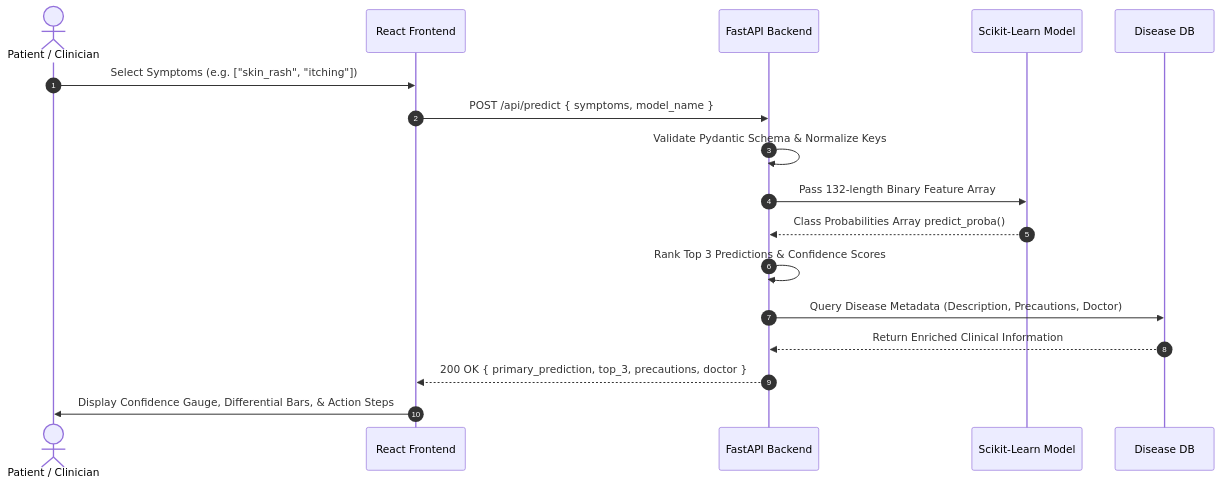
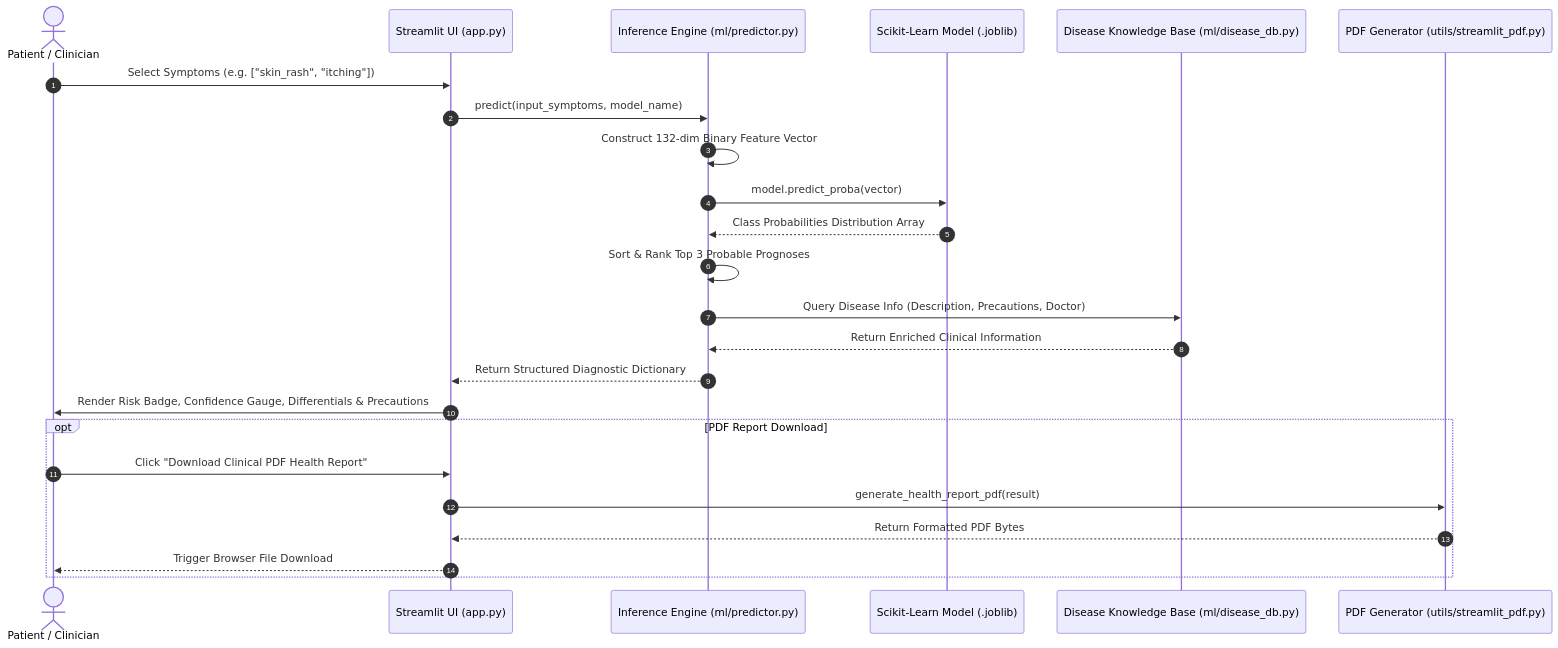
One commit to mehuldangda/Disease-Prediction-from-Symptoms changed the diagram in docs/data_flow_diagram.mermaid. Above: the diagram before and after it, drawn with Mermaid. The commit also changed 45 other files, not shown here.

```diff
--- a/docs/data_flow_diagram.mermaid
+++ b/docs/data_flow_diagram.mermaid
@@ -1,18 +1,25 @@
 sequenceDiagram
     autonumber
     actor User as Patient / Clinician
-    participant UI as React Frontend
-    participant API as FastAPI Backend
-    participant ML as Scikit-Learn Model
-    participant KB as Disease DB
+    participant UI as Streamlit UI (app.py)
+    participant Engine as Inference Engine (ml/predictor.py)
+    participant ML as Scikit-Learn Model (.joblib)
+    participant KB as Disease Knowledge Base (ml/disease_db.py)
+    participant PDF as PDF Generator (utils/streamlit_pdf.py)
 
     User->>UI: Select Symptoms (e.g. ["skin_rash", "itching"])
-    UI->>API: POST /api/predict { symptoms, model_name }
-    API->>API: Validate Pydantic Schema & Normalize Keys
-    API->>ML: Pass 132-length Binary Feature Array
-    ML-->>API: Class Probabilities Array predict_proba()
-    API->>API: Rank Top 3 Predictions & Confidence Scores
-    API->>KB: Query Disease Metadata (Description, Precautions, Doctor)
-    KB-->>API: Return Enriched Clinical Information
-    API-->>UI: 200 OK { primary_prediction, top_3, precautions, doctor }
-    UI->>User: Display Confidence Gauge, Differential Bars, & Action Steps
+    UI->>Engine: predict(input_symptoms, model_name)
+    Engine->>Engine: Construct 132-dim Binary Feature Vector
+    Engine->>ML: model.predict_proba(vector)
+    ML-->>Engine: Class Probabilities Distribution Array
+    Engine->>Engine: Sort & Rank Top 3 Probable Prognoses
+    Engine->>KB: Query Disease Info (Description, Precautions, Doctor)
+    KB-->>Engine: Return Enriched Clinical Information
+    Engine-->>UI: Return Structured Diagnostic Dictionary
+    UI->>User: Render Risk Badge, Confidence Gauge, Differentials & Precautions
+    opt PDF Report Download
+        User->>UI: Click "Download Clinical PDF Health Report"
+        UI->>PDF: generate_health_report_pdf(result)
+        PDF-->>UI: Return Formatted PDF Bytes
+        UI-->>User: Trigger Browser File Download
+    end
```
